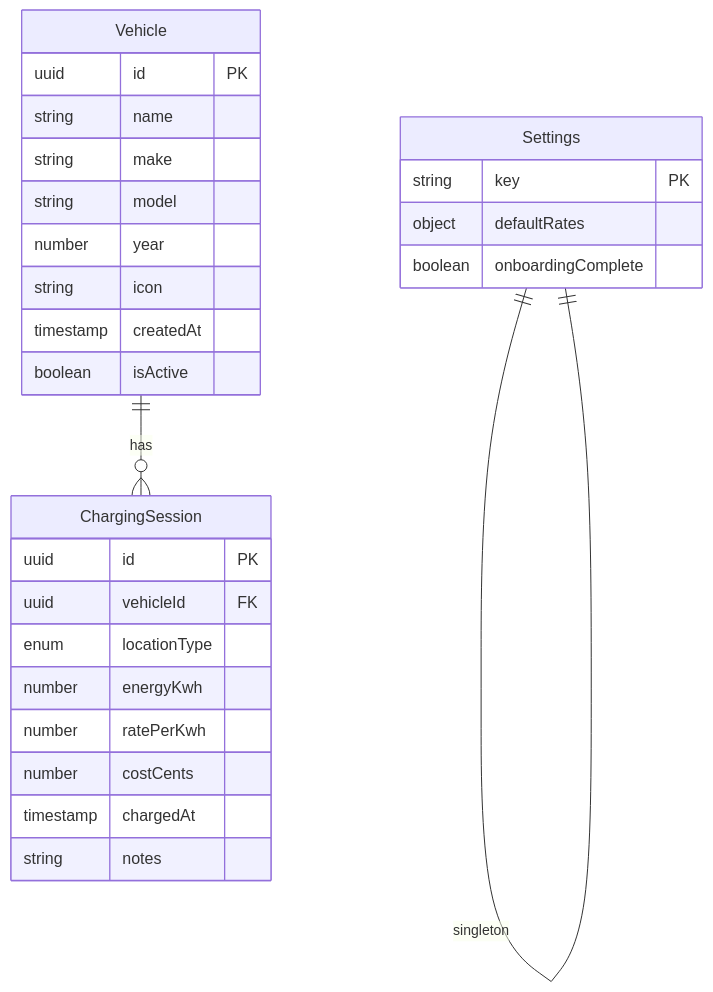
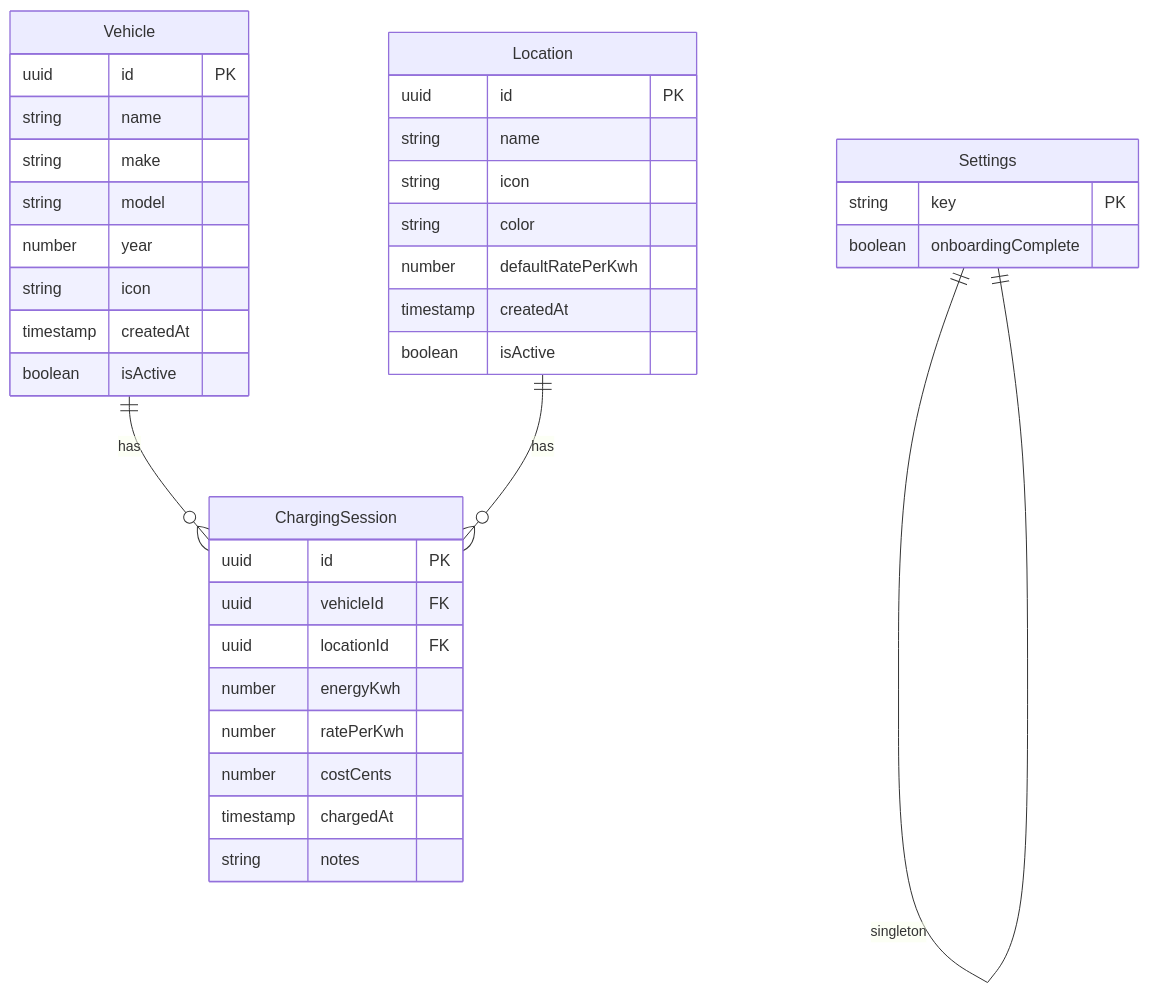
The first of 3 diagrams in docs/technical-design.md (vanister/ev_charge_tracker), drawn with Mermaid before and after one commit. The commit also changed other lines of this file and 6 other files, not shown here.

````diff
--- a/docs/technical-design.md
+++ b/docs/technical-design.md
@@ -56,33 +56,43 @@
 ```mermaid
 erDiagram
     Vehicle ||--o{ ChargingSession : has
+    Location ||--o{ ChargingSession : has
     Settings ||--|| Settings : singleton
     
     Vehicle {
         uuid id PK
         string name
         string make
         string model
         number year
         string icon
         timestamp createdAt
         boolean isActive
     }
     
+    Location {
+        uuid id PK
+        string name
+        string icon
+        string color
+        number defaultRatePerKwh
+        timestamp createdAt
+        boolean isActive
+    }
+    
     ChargingSession {
         uuid id PK
         uuid vehicleId FK
-        enum locationType
+        uuid locationId FK
         number energyKwh
         number ratePerKwh
         number costCents
         timestamp chargedAt
         string notes
     }
     
     Settings {
         string key PK
-        object defaultRates
         boolean onboardingComplete
     }
 ```
````
